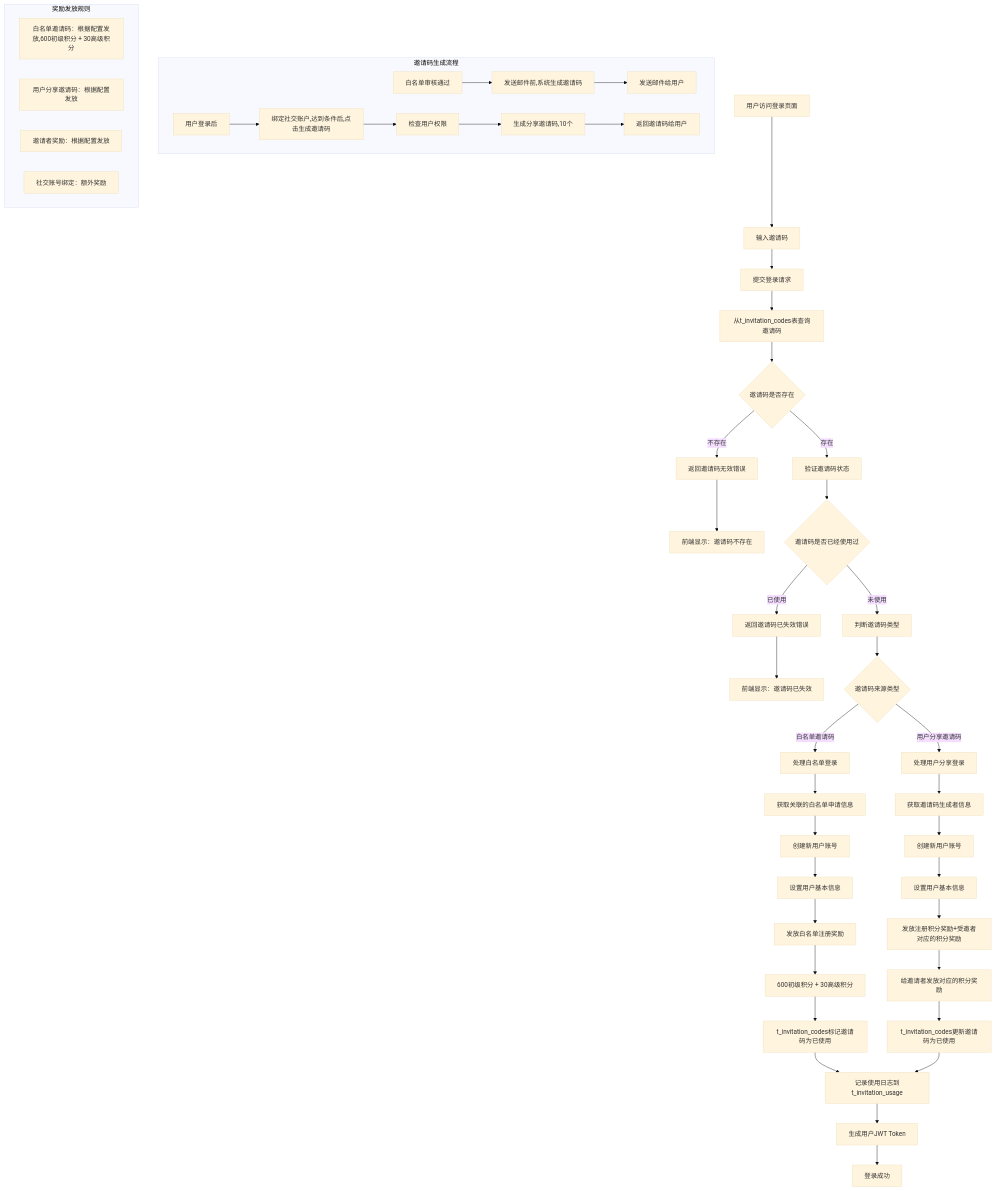
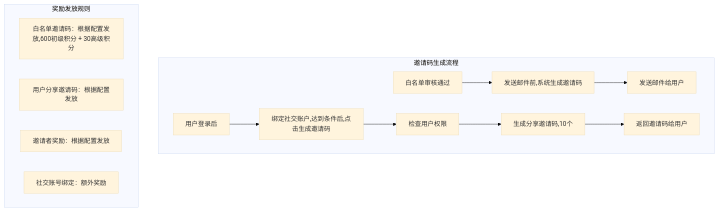
One commit to yingjianzh/iodraw-files changed the diagram in all/未命名-71.md. Above: the diagram before and after it, drawn with Mermaid (base theme).

Commit message:
2025-07-03 14:13:00 update

````diff
--- a/all/未命名-71.md
+++ b/all/未命名-71.md
@@ -1,57 +1,23 @@
 ```mermaid
 flowchart TD
-    A[用户访问登录页面] --> B[输入邀请码]
-    B --> E[提交登录请求]
-    E --> H[从t_invitation_codes表查询邀请码]
-    H --> I{邀请码是否存在}
-    I -->|不存在| J[返回邀请码无效错误]
-    J --> K[前端显示：邀请码不存在]
     
-    I -->|存在| L[验证邀请码状态]
-    L --> M{邀请码是否已经使用过}
-    M -->|已使用| N[返回邀请码已失效错误]
-    N --> O[前端显示：邀请码已失效]
-    
-    M -->|未使用| X[判断邀请码类型]
-    X --> Y{邀请码来源类型}
-    
-    Y -->|白名单邀请码| Z[处理白名单登录]
-    Z --> Z1[获取关联的白名单申请信息]
-    Z1 --> Z2[创建新用户账号]
-    Z2 --> Z3[设置用户基本信息]
-    Z3 --> Z4[发放白名单注册奖励]
-    Z4 --> Z5[600初级积分 + 30高级积分]
-    Z5 --> Z6[t_invitation_codes标记邀请码为已使用]
-    Z6 --> AA[记录使用日志到t_invitation_usage]
-    
-    Y -->|用户分享邀请码| BB[处理用户分享登录]
-    BB --> BB1[获取邀请码生成者信息]
-    BB1 --> BB2[创建新用户账号]
-    BB2 --> BB3[设置用户基本信息]
-    BB3 --> BB4[发放注册积分奖励+受邀者对应的积分奖励]
-    BB4 --> BB5[给邀请者发放对应的积分奖励]
-    BB5 --> BB6[t_invitation_codes更新邀请码为已使用]
-    BB6 --> AA
-    
-    AA --> CC[生成用户JWT Token]
-    CC --> DD[登录成功]
     
 
     subgraph "邀请码生成流程"
         IG1[白名单审核通过] --> IG2[发送邮件前,系统生成邀请码]
         IG2 --> IG3[发送邮件给用户]
         
         UG1[用户登录后] --> UG2[绑定社交账户,达到条件后,点击生成邀请码]
         UG2 --> UG3[检查用户权限]
         UG3 --> UG4[生成分享邀请码,10个]
         UG4 --> UG5[返回邀请码给用户]
     end
     
     subgraph "奖励发放规则"
         R1[白名单邀请码：根据配置发放,600初级积分 + 30高级积分]
         R2[用户分享邀请码：根据配置发放]
         R3[邀请者奖励：根据配置发放]
         R4[社交账号绑定：额外奖励]
     end
   
 ```
````
